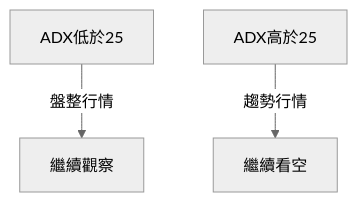
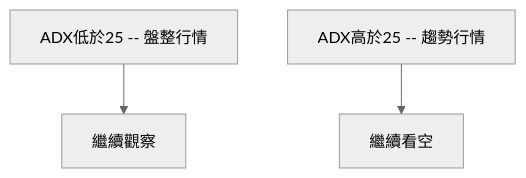
Before and after one commit to yennanliu/finance_data: the third of 10 diagrams in ai_gen_report/stock/onds/technical_analysis_2026-03-31_openai.md, drawn with Mermaid (neutral theme). The commit also changed other lines of this file and 2258 other files, not shown here.

First line of the commit message:
chore: backfill Mermaid syntax repair across existing reports

````diff
--- a/ai_gen_report/stock/onds/technical_analysis_2026-03-31_openai.md
+++ b/ai_gen_report/stock/onds/technical_analysis_2026-03-31_openai.md
@@ -135,5 +135,5 @@
 ```mermaid
 graph TD
-    ADX低於25 -- 盤整行情 --> 繼續觀察
-    ADX高於25 -- 趨勢行情 --> 繼續看空
+    nb1["ADX低於25 -- 盤整行情"] --> 繼續觀察
+    nb2["ADX高於25 -- 趨勢行情"] --> 繼續看空
 ```
````
